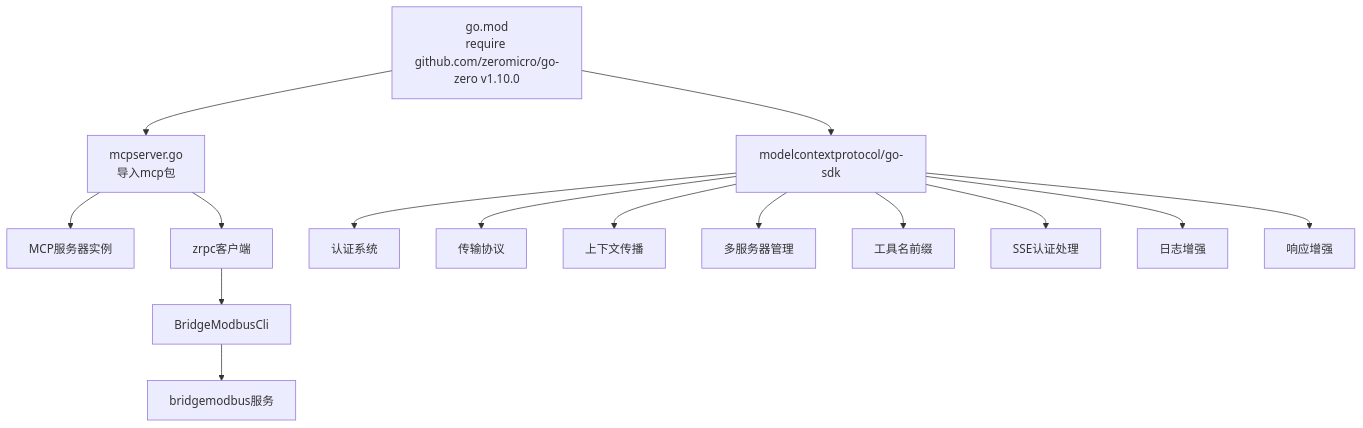
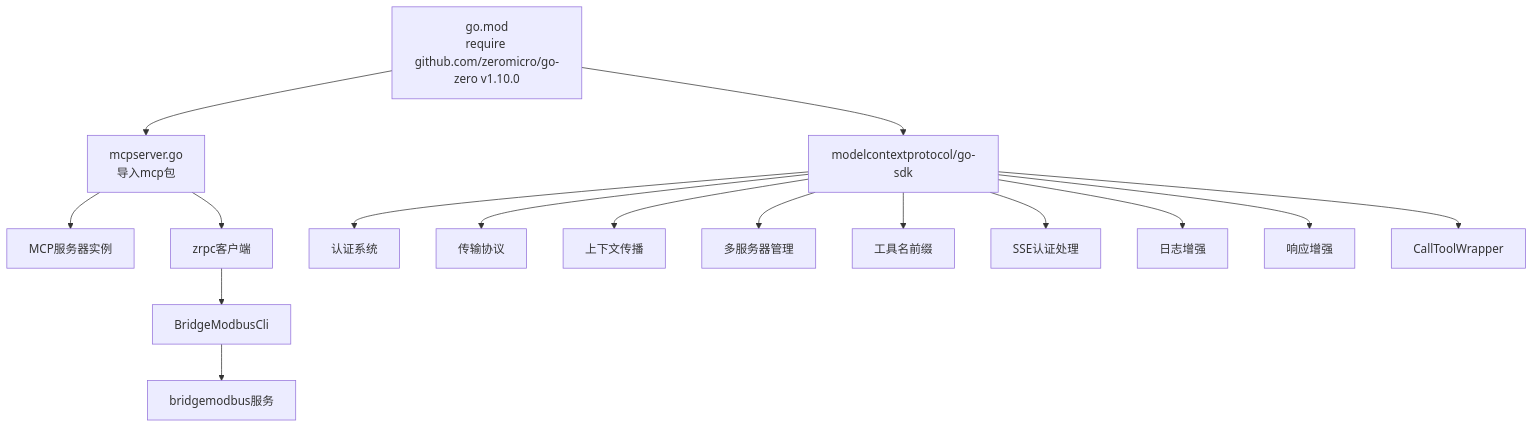
One commit to maomao94/zero-service changed diagram 17 of 17 in .qoder/repowiki/zh/content/AI应用模块/MCP服务器.md. Above: the diagram before and after it, drawn with Mermaid. The commit also changed other lines of this file and 25 other files, not shown here.

````diff
--- a/.qoder/repowiki/zh/content/AI应用模块/MCP服务器.md
+++ b/.qoder/repowiki/zh/content/AI应用模块/MCP服务器.md
@@ -744,17 +786,18 @@
 ```mermaid
 graph TB
 M["go.mod<br/>require github.com/zeromicro/go-zero v1.10.0"] --> P["mcpserver.go<br/>导入mcp包"]
 P --> S["MCP服务器实例"]
 P --> Z["zrpc客户端"]
 Z --> B["BridgeModbusCli"]
 B --> BM["bridgemodbus服务"]
 M --> SDK["modelcontextprotocol/go-sdk"]
 SDK --> AUTH["认证系统"]
 SDK --> STREAM["传输协议"]
 SDK --> CTX["上下文传播"]
 SDK --> MSERVER["多服务器管理"]
 SDK --> PREFIX["工具名前缀"]
 SDK --> SSEAUTH["SSE认证处理"]
 SDK --> LOGENHANCE["日志增强"]
 SDK --> RESPONSE["响应增强"]
+SDK --> WRAPPER["CallToolWrapper"]
 ```
````
